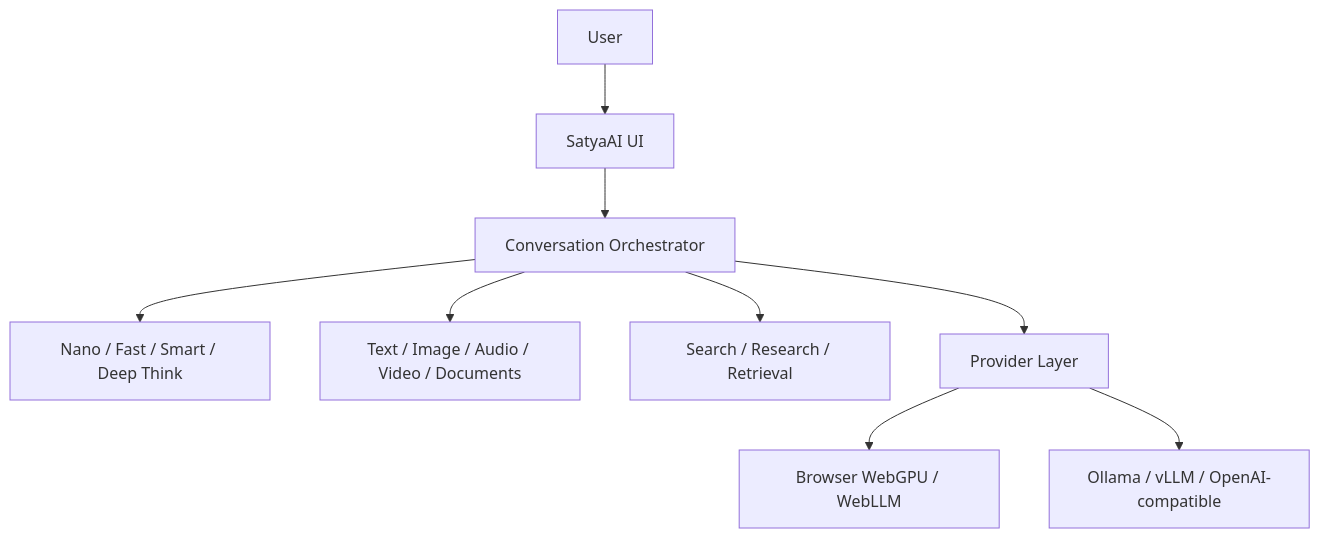
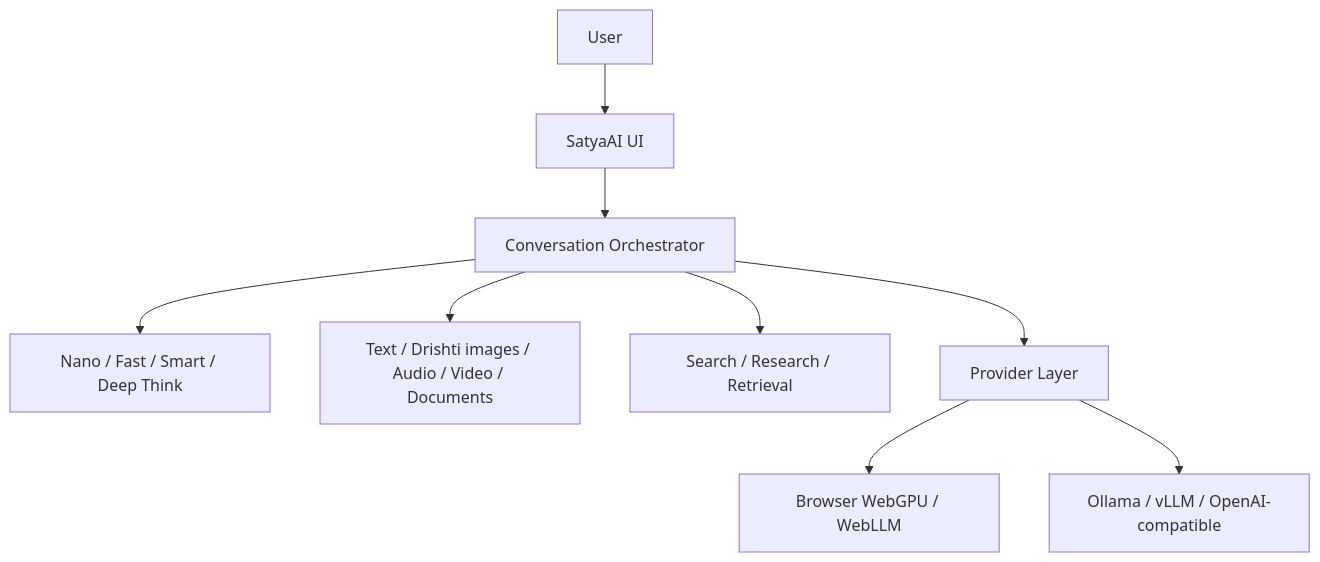
The diagram in README.md (SatyajitBeura2468/SatyaAI), drawn with Mermaid before and after one commit. The commit also changed other lines of this file, not shown here.

Commit message:
Document Drishti integration status

````diff
--- a/README.md
+++ b/README.md
@@ -20,11 +20,11 @@
 ```mermaid
 flowchart TD
   User --> UI[SatyaAI UI]
   UI --> Orchestrator[Conversation Orchestrator]
   Orchestrator --> Modes[Nano / Fast / Smart / Deep Think]
-  Orchestrator --> Perception[Text / Image / Audio / Video / Documents]
+  Orchestrator --> Perception[Text / Drishti images / Audio / Video / Documents]
   Orchestrator --> Tools[Search / Research / Retrieval]
   Orchestrator --> Providers[Provider Layer]
   Providers --> Local[Browser WebGPU / WebLLM]
   Providers --> Remote[Ollama / vLLM / OpenAI-compatible]
 ```
````
